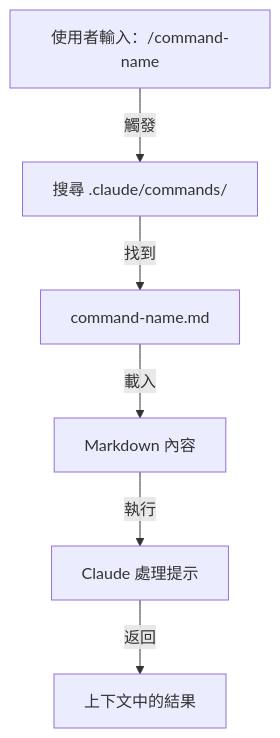
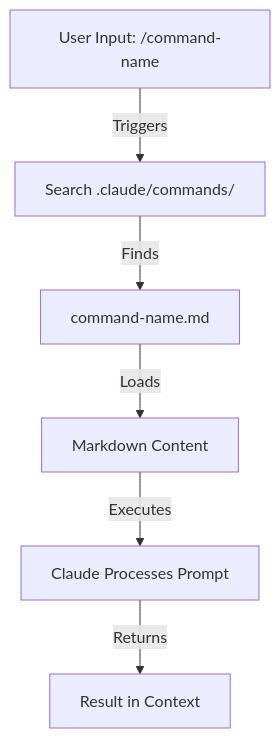
The first of 22 diagrams in claude_concepts_guide.md (huckly/claude-howto-zh-tw), drawn with Mermaid before and after one commit. The commit also changed other lines of this file and 6 other files, not shown here.

````diff
--- a/claude_concepts_guide.md
+++ b/claude_concepts_guide.md
@@ -35,8 +30,8 @@
 ```mermaid
 graph TD
-    A["使用者輸入：/command-name"] -->|觸發| B["搜尋 .claude/commands/"]
-    B -->|找到| C["command-name.md"]
-    C -->|載入| D["Markdown 內容"]
-    D -->|執行| E["Claude 處理提示"]
-    E -->|返回| F["上下文中的結果"]
+    A["User Input: /command-name"] -->|Triggers| B["Search .claude/commands/"]
+    B -->|Finds| C["command-name.md"]
+    C -->|Loads| D["Markdown Content"]
+    D -->|Executes| E["Claude Processes Prompt"]
+    E -->|Returns| F["Result in Context"]
 ```
````
